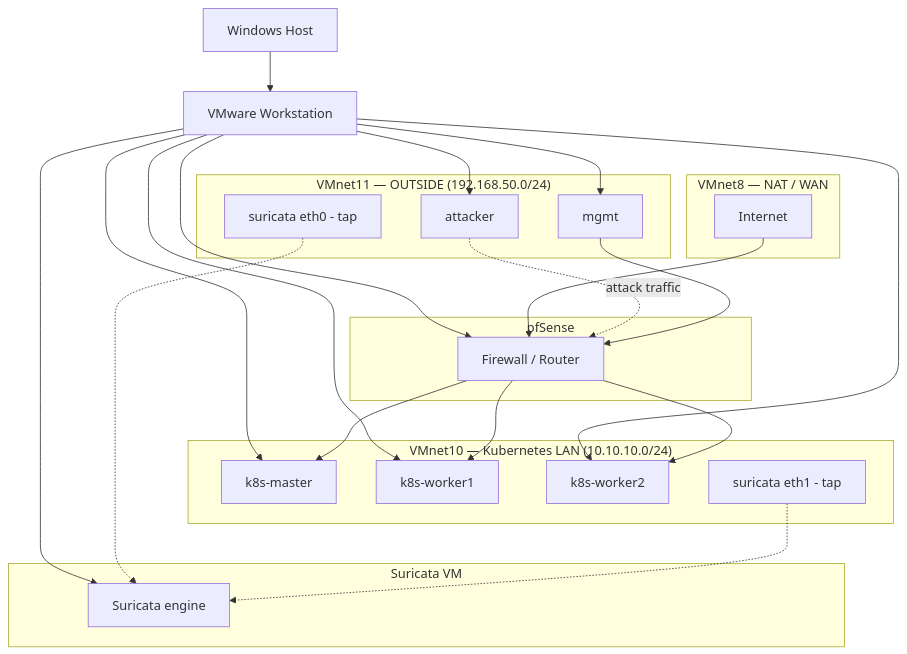
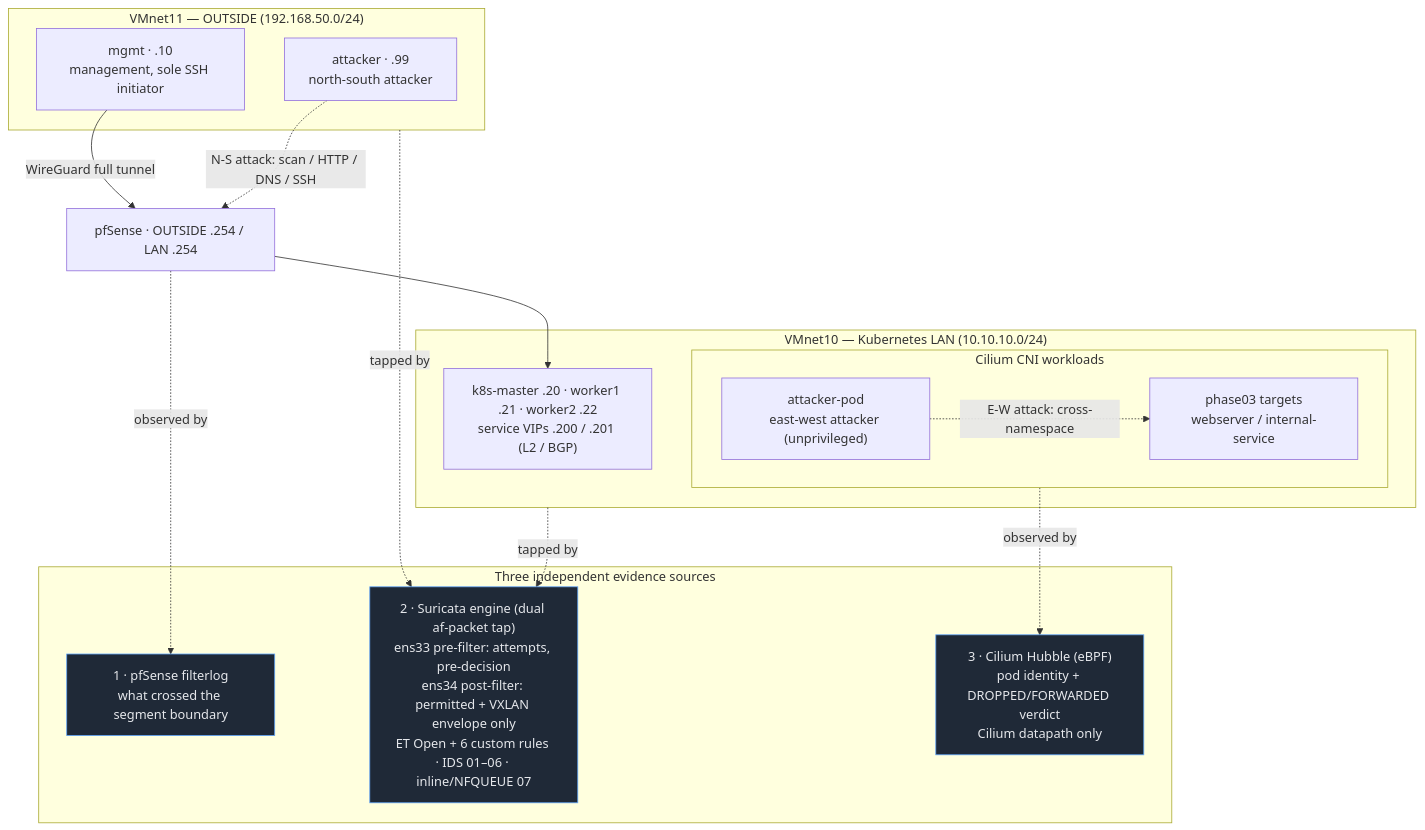
Before and after one commit to paknaoo/network-security-lab: the diagram in README.md, drawn with Mermaid. The commit also changed other lines of this file and 2 other files, not shown here.

Commit message:
Document Phase 08: final validation, as-built architecture diagram and CV talking points

````diff
--- a/README.md
+++ b/README.md
@@ -34,50 +34,37 @@
 ```mermaid
-flowchart TD
+flowchart TB
 
-    HOST[Windows Host]
-    VMW[VMware Workstation]
-
-    subgraph NAT["VMnet8 — NAT / WAN"]
-        INTERNET[Internet]
+    subgraph OUTSIDE["VMnet11 — OUTSIDE (192.168.50.0/24)"]
+        MGMT["mgmt · .10<br/>management, sole SSH initiator"]
+        ATTACKER["attacker · .99<br/>north-south attacker"]
     end
 
-    subgraph OUTSIDE["VMnet11 — OUTSIDE (192.168.50.0/24)"]
-        MGMT[mgmt]
-        ATTACKER[attacker]
-        SURI_OUT[suricata eth0 - tap]
+    PFSENSE["pfSense · OUTSIDE .254 / LAN .254"]
+
+    subgraph LAN["VMnet10 — Kubernetes LAN (10.10.10.0/24)"]
+        NODES["k8s-master .20 · worker1 .21 · worker2 .22<br/>service VIPs .200 / .201 (L2 / BGP)"]
+        subgraph CLUSTER["Cilium CNI workloads"]
+            ATTACKERPOD["attacker-pod<br/>east-west attacker (unprivileged)"]
+            TARGET["phase03 targets<br/>webserver / internal-service"]
+        end
     end
 
-    subgraph FIREWALL["pfSense"]
-        PFSENSE[Firewall / Router]
+    subgraph EVIDENCE["Three independent evidence sources"]
+        PF_LOG["1 · pfSense filterlog<br/>what crossed the segment boundary"]
+        SURICATA["2 · Suricata engine (dual af-packet tap)<br/>ens33 pre-filter: attempts, pre-decision<br/>ens34 post-filter: permitted + VXLAN envelope only<br/>ET Open + 6 custom rules · IDS 01–06 · inline/NFQUEUE 07"]
+        HUBBLE["3 · Cilium Hubble (eBPF)<br/>pod identity + DROPPED/FORWARDED verdict<br/>Cilium datapath only"]
     end
 
-    subgraph LAN["VMnet10 — Kubernetes LAN (10.10.10.0/24)"]
-        MASTER[k8s-master]
-        WORKER1[k8s-worker1]
-        WORKER2[k8s-worker2]
-        SURI_LAN[suricata eth1 - tap]
-    end
+    MGMT -->|"WireGuard full tunnel"| PFSENSE
+    ATTACKER -.->|"N-S attack: scan / HTTP / DNS / SSH"| PFSENSE
+    PFSENSE --> NODES
+    ATTACKERPOD -.->|"E-W attack: cross-namespace"| TARGET
 
-    subgraph IDS["Suricata VM"]
-        ENGINE[Suricata engine]
-    end
+    PFSENSE -. observed by .-> PF_LOG
+    OUTSIDE -. tapped by .-> SURICATA
+    LAN -. tapped by .-> SURICATA
+    CLUSTER -. observed by .-> HUBBLE
 
-    HOST --> VMW
-    VMW --> MGMT
-    VMW --> ATTACKER
-    VMW --> ENGINE
-    VMW --> PFSENSE
-    VMW --> MASTER
-    VMW --> WORKER1
-    VMW --> WORKER2
-
-    INTERNET --> PFSENSE
-    ATTACKER -.->|attack traffic| PFSENSE
-    MGMT --> PFSENSE
-    PFSENSE --> MASTER
-    PFSENSE --> WORKER1
-    PFSENSE --> WORKER2
-
-    SURI_OUT -.-> ENGINE
-    SURI_LAN -.-> ENGINE
+    classDef evidence fill:#1f2937,stroke:#60a5fa,color:#e5e7eb
+    class PF_LOG,SURICATA,HUBBLE evidence
 ```
````
